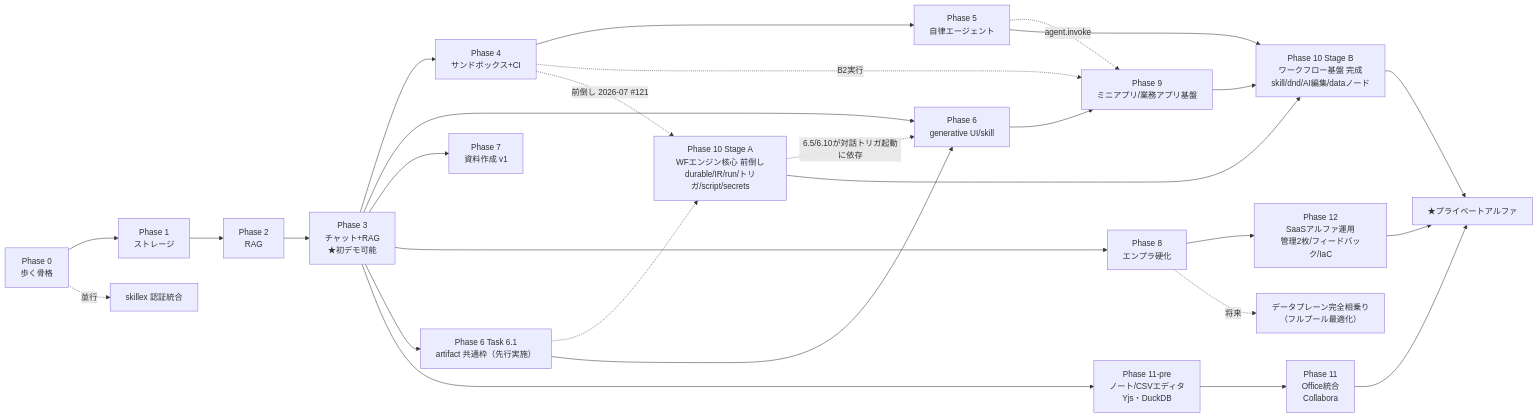
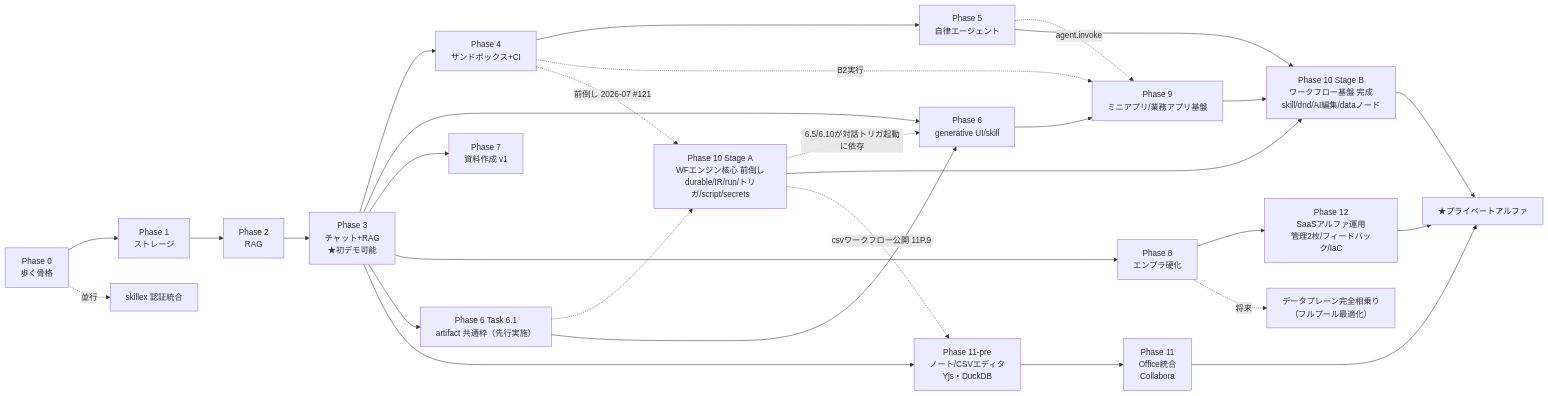
Before and after one commit to imanect-labs/shiki-platform: the diagram in docs/roadmap.md, drawn with Mermaid. The commit also changed 3 other files, not shown here.

````diff
--- a/docs/roadmap.md
+++ b/docs/roadmap.md
@@ -18,30 +18,31 @@
 ```mermaid
 flowchart LR
   P0["Phase 0<br/>歩く骨格"] --> P1["Phase 1<br/>ストレージ"]
   P1 --> P2["Phase 2<br/>RAG"]
   P2 --> P3["Phase 3<br/>チャット+RAG<br/>★初デモ可能"]
   P3 --> P4["Phase 4<br/>サンドボックス+CI"]
   P4 --> P5["Phase 5<br/>自律エージェント"]
   P3 --> P6["Phase 6<br/>generative UI/skill"]
   P6 --> P9["Phase 9<br/>ミニアプリ/業務アプリ基盤"]
   P4 -.->|B2実行| P9
   P5 -.->|agent.invoke| P9
   P3 --> P7["Phase 7<br/>資料作成 v1"]
   P3 --> P8["Phase 8<br/>エンプラ硬化"]
   P4 -.->|前倒し 2026-07 #121| P10A["Phase 10 Stage A<br/>WFエンジン核心 前倒し<br/>durable/IR/run/トリガ/script/secrets"]
   P3 --> T61["Phase 6 Task 6.1<br/>artifact 共通枠（先行実施）"]
   T61 -.-> P10A
   T61 --> P6
   P10A -.->|6.5/6.10が対話トリガ起動に依存| P6
   P10A --> P10["Phase 10 Stage B<br/>ワークフロー基盤 完成<br/>skill/dnd/AI編集/dataノード"]
   P5 --> P10
   P9 --> P10
   P3 --> P11P["Phase 11-pre<br/>ノート/CSVエディタ<br/>Yjs・DuckDB"]
+  P10A -.->|csvワークフロー公開 11P.9| P11P
   P11P --> P11["Phase 11<br/>Office統合<br/>Collabora"]
   P8 --> P12["Phase 12<br/>SaaSアルファ運用<br/>管理2枚/フィードバック/IaC"]
   P10 --> ALPHA["★プライベートアルファ"]
   P11 --> ALPHA
   P12 --> ALPHA
   P0 -.->|並行| SK["skillex 認証統合"]
   P8 -.->|将来| FULLPOOL["データプレーン完全相乗り<br/>（フルプール最適化）"]
 ```
````
